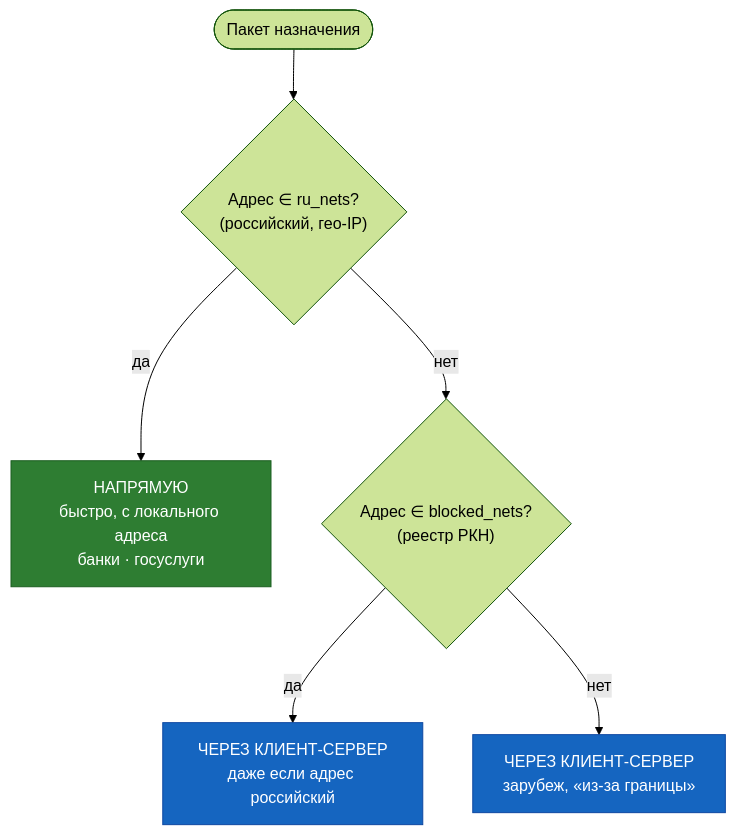
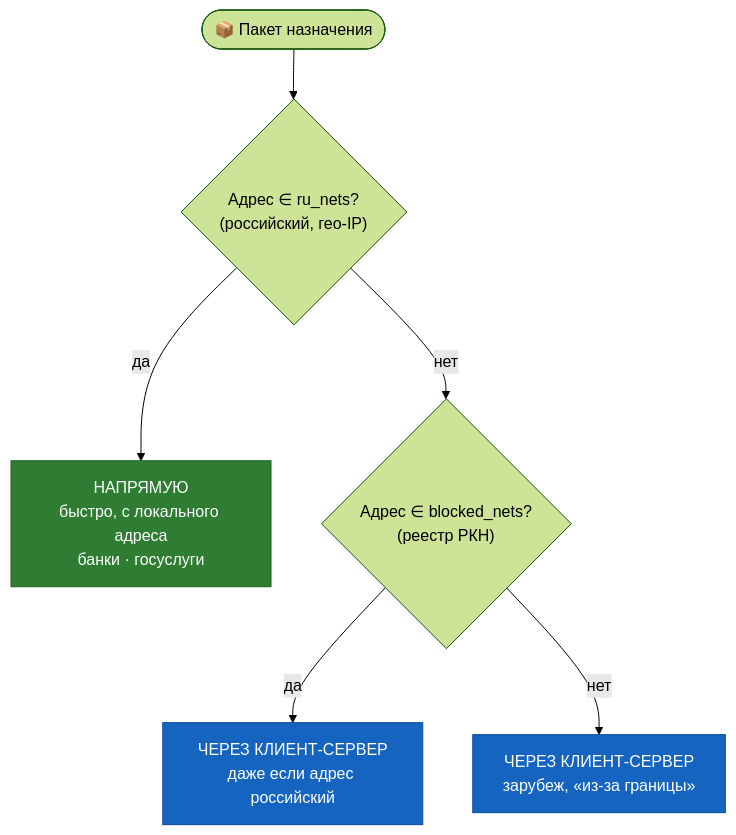
Before and after one commit to AnDyQnn/vpn_awg_2_VPS_pub: the second of 2 diagrams in Readme.md, drawn with Mermaid (forest theme). The commit also changed other lines of this file and 47 other files, not shown here.

First line of the commit message:
Значки вместо эмодзи, схема без наложений, починена разметка README

````diff
--- a/Readme.md
+++ b/Readme.md
@@ -151,12 +168,12 @@
 ```mermaid
 flowchart TD
-    P([" Пакет назначения"]) --> A{"Адрес ∈ ru_nets?<br/>(российский, гео-IP)"}
+    P(["📦 Пакет назначения"]) --> A{"Адрес ∈ ru_nets?<br/>(российский, гео-IP)"}
     A -->|да| D["НАПРЯМУЮ<br/>быстро, с локального адреса<br/>банки · госуслуги"]
     A -->|нет| B{"Адрес ∈ blocked_nets?<br/>(реестр РКН)"}
     B -->|да| G["ЧЕРЕЗ КЛИЕНТ-СЕРВЕР<br/>даже если адрес российский"]
     B -->|нет| G2["ЧЕРЕЗ КЛИЕНТ-СЕРВЕР<br/>зарубеж, «из-за границы»"]
 
     style D fill:#2e7d32,stroke:#1b5e20,color:#fff
     style G fill:#1565c0,stroke:#0d47a1,color:#fff
     style G2 fill:#1565c0,stroke:#0d47a1,color:#fff
 ```
````
